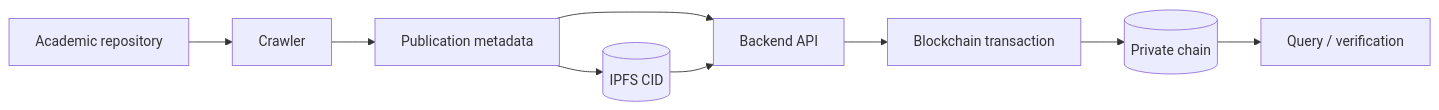
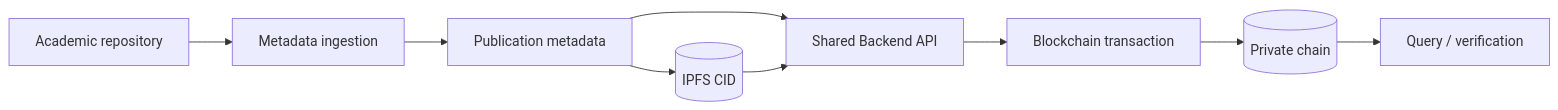
Before and after one commit to syifaniads/Rancangan-Blockchain-Publikasi-Skripsi: the second of 2 diagrams in README.md, drawn with Mermaid. The commit also changed other lines of this file, not shown here.

````diff
--- a/README.md
+++ b/README.md
@@ -96,11 +144,11 @@
 ```mermaid
 flowchart LR
-    SRC[Academic repository] --> CR[Crawler]
+    SRC[Academic repository] --> CR[Metadata ingestion]
     CR --> JSON[Publication metadata]
     JSON --> IPFS[(IPFS CID)]
-    JSON --> API[Backend API]
+    JSON --> API[Shared Backend API]
     IPFS --> API
     API --> TX[Blockchain transaction]
     TX --> CHAIN[(Private chain)]
     CHAIN --> VERIFY[Query / verification]
 ```
````
